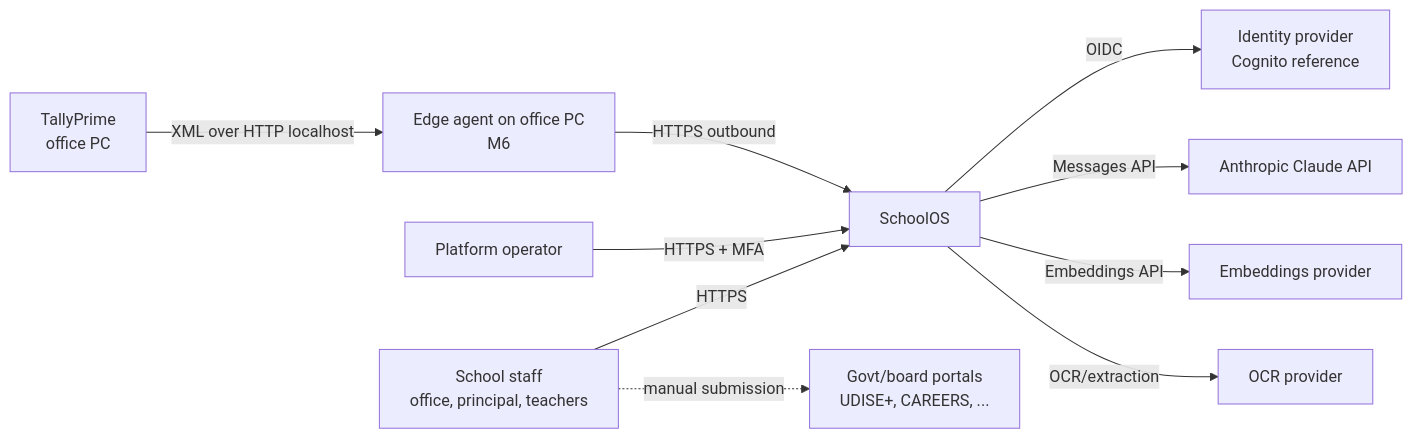
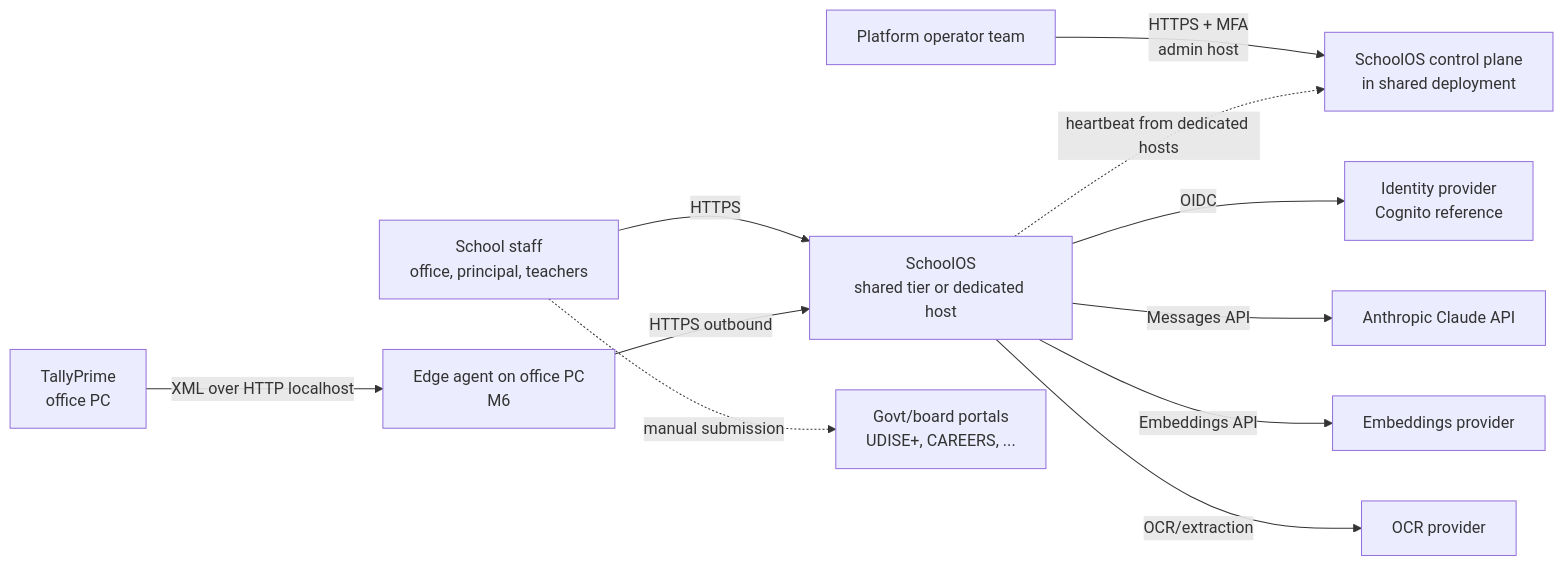
One commit to bb3agency/school-os changed the first of 7 diagrams in docs/04-system-architecture.md. Above: the diagram before and after it, drawn with Mermaid. The commit also changed other lines of this file and 1 other file, not shown here.

First line of the commit message:
docs: update architecture and data model for tiers, control plane and privilege separation (ADR-0013..0015)

````diff
--- a/docs/04-system-architecture.md
+++ b/docs/04-system-architecture.md
@@ -22,12 +23,13 @@
 ```mermaid
 flowchart LR
-  staff[School staff<br/>office, principal, teachers] -->|HTTPS| sos[SchoolOS]
-  operator[Platform operator] -->|HTTPS + MFA| sos
+  staff[School staff<br/>office, principal, teachers] -->|HTTPS| sos[SchoolOS<br/>shared tier or dedicated host]
+  operator[Platform operator team] -->|HTTPS + MFA<br/>admin host| cp[SchoolOS control plane<br/>in shared deployment]
+  sos -. heartbeat from dedicated hosts .-> cp
   sos -->|OIDC| idp[Identity provider<br/>Cognito reference]
   sos -->|Messages API| llm[Anthropic Claude API]
   sos -->|Embeddings API| emb[Embeddings provider]
   sos -->|OCR/extraction| ocr[OCR provider]
   agent[Edge agent on office PC<br/>M6] -->|HTTPS outbound| sos
   tally[TallyPrime<br/>office PC] -->|XML over HTTP localhost| agent
   staff -. manual submission .-> portals[Govt/board portals<br/>UDISE+, CAREERS, ...]
 ```
````
